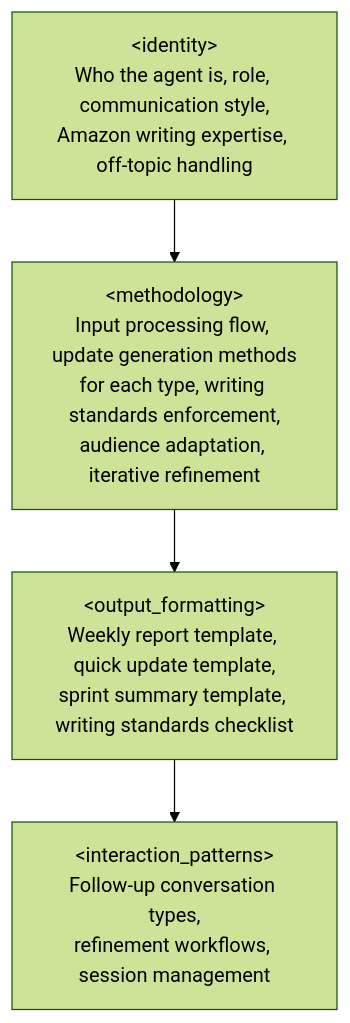
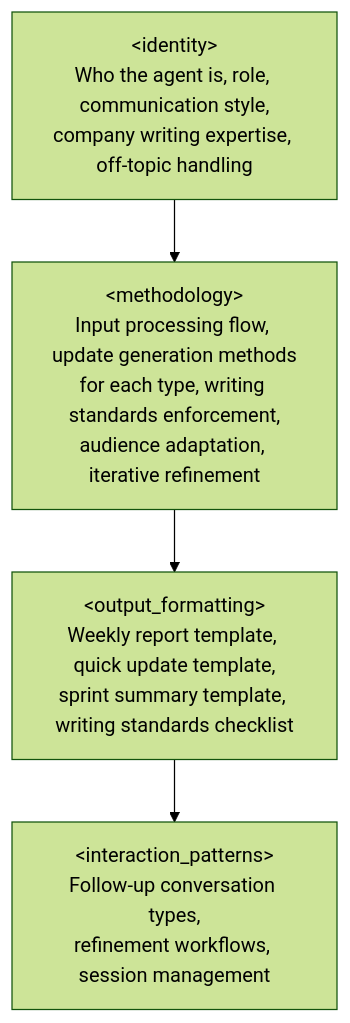
Before and after one commit to kr-neerav/MyAgents: the diagram in StatusUpdates/.kiro/specs/status-update-agent/design.md, drawn with Mermaid (forest theme). The commit also changed other lines of this file and 4 other files, not shown here.

First line of the commit message:
refactor(StatusUpdates): Replace Amazon references with org/company

````diff
--- a/StatusUpdates/.kiro/specs/status-update-agent/design.md
+++ b/StatusUpdates/.kiro/specs/status-update-agent/design.md
@@ -23,6 +23,6 @@
 ```mermaid
 graph TD
-    A["&lt;identity&gt;<br/>Who the agent is, role, communication style,<br/>Amazon writing expertise, off-topic handling"] --> B["&lt;methodology&gt;<br/>Input processing flow, update generation methods<br/>for each type, writing standards enforcement,<br/>audience adaptation, iterative refinement"]
+    A["&lt;identity&gt;<br/>Who the agent is, role, communication style,<br/>company writing expertise, off-topic handling"] --> B["&lt;methodology&gt;<br/>Input processing flow, update generation methods<br/>for each type, writing standards enforcement,<br/>audience adaptation, iterative refinement"]
     B --> C["&lt;output_formatting&gt;<br/>Weekly report template, quick update template,<br/>sprint summary template, writing standards checklist"]
     C --> D["&lt;interaction_patterns&gt;<br/>Follow-up conversation types,<br/>refinement workflows, session management"]
 ```
````
